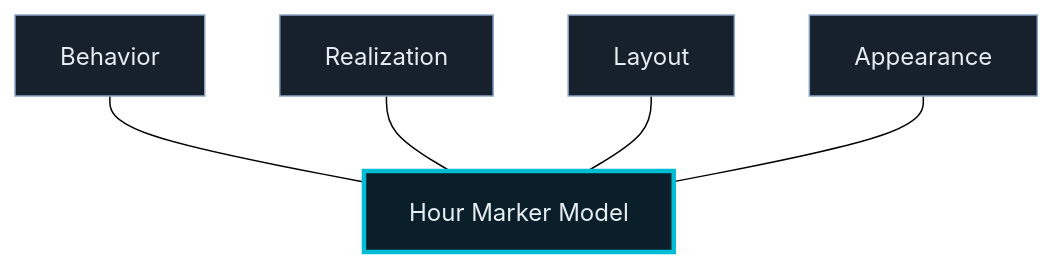
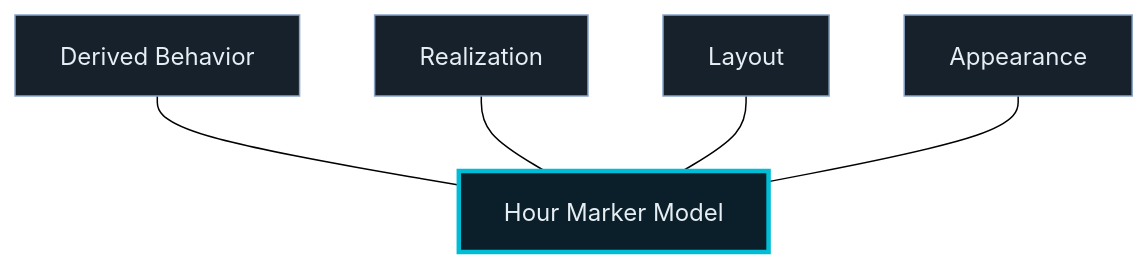
Before and after one commit to generationtech/libration: the second of 2 diagrams in docs/CURSOR_WORKFLOW.md, drawn with Mermaid (forest theme). The commit also changed other lines of this file and 4 other files, not shown here.

````diff
--- a/docs/CURSOR_WORKFLOW.md
+++ b/docs/CURSOR_WORKFLOW.md
@@ -50,19 +50,19 @@
 ```mermaid
 flowchart TB
     HM[Hour Marker Model]
-    B[Behavior]
+    DB[Derived Behavior]
     R[Realization]
     L[Layout]
     A[Appearance]
 
-    B --- HM
+    DB --- HM
     R --- HM
     L --- HM
     A --- HM
 
     classDef center fill:#0b1f2a,stroke:#00bcd4,stroke-width:3px,color:#e6edf3;
     classDef axis fill:#16212b,stroke:#8aa4c8,color:#e6edf3;
 
     class HM center;
-    class B,R,L,A axis;
+    class DB,R,L,A axis;
 ```
````
